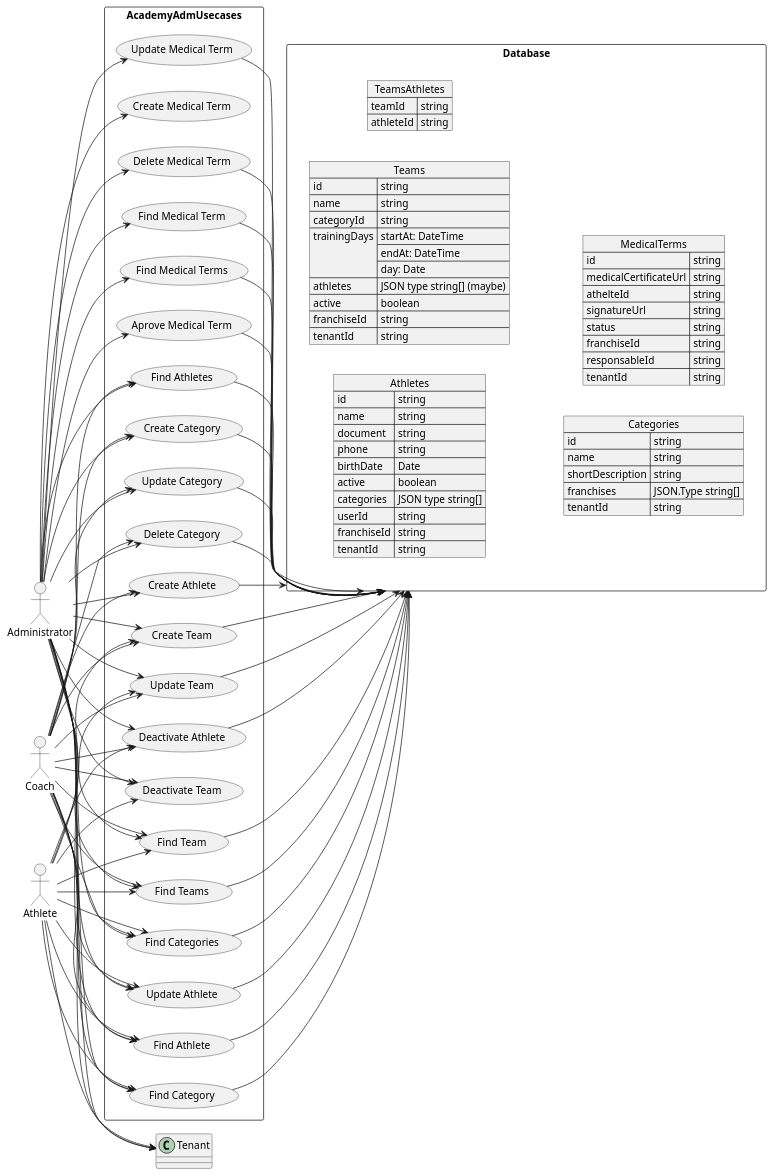
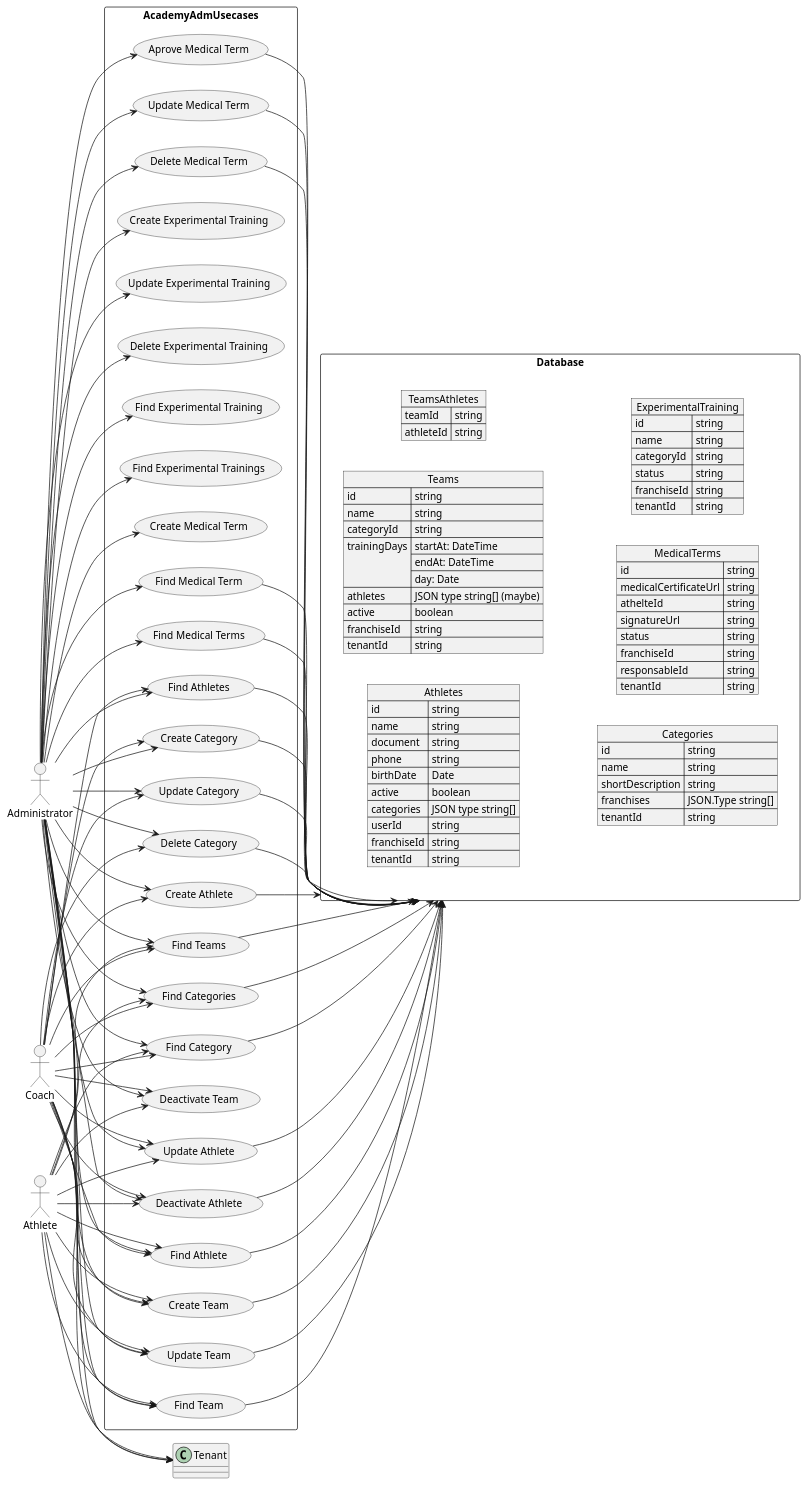
One commit to gustavorodrigues19/ddd-api changed the diagram in uml/academy-adm.usecase.wsd. Above: the diagram before and after it, drawn with PlantUML. The commit also changed 1 other file, not shown here.

```diff
--- a/uml/academy-adm.usecase.wsd
+++ b/uml/academy-adm.usecase.wsd
@@ -1,158 +1,178 @@
 @startuml
 allowmixing
 
 left to right direction
 actor "Administrator" as admin
 actor "Coach" as coach
 actor "Athlete" as athlete
 
 rectangle AcademyAdmUsecases {
   usecase "Create Athlete" as CA
   usecase "Update Athlete" as UA
   usecase "Find Athlete" as FA
   usecase "Find Athletes" as FAS
   usecase "Deactivate Athlete" as DA
 
   usecase "Create Team" as CT
   usecase "Update Team" as UT
   usecase "Find Team" as FT
   usecase "Find Teams" as FTS
   usecase "Deactivate Team" as DT
   
   usecase "Create Category" as CC
   usecase "Update Category" as UC
   usecase "Delete Category" as DC
   usecase "Find Category" as FC
   usecase "Find Categories" as FCS
+
+  usecase "Create Experimental Training" as CET
+  usecase "Update Experimental Training" as UET
+  usecase "Delete Experimental Training" as DET
+  usecase "Find Experimental Training" as FET
+  usecase "Find Experimental Trainings" as FETS
 
   usecase "Create Medical Term" as CMR
   usecase "Update Medical Term" as UMT
   usecase "Delete Medical Term" as DMT
   usecase "Find Medical Term" as FMT
   usecase "Find Medical Terms" as FMTS
   usecase "Aprove Medical Term" as AMT
 }
 
 rectangle Database {
   json Athletes {
     "id":"string",
     "name":"string",
     "document":"string",
     "phone": "string",
     "birthDate": "Date",
     "active": "boolean",
     "categories": "JSON type string[]",
     "userId": "string",
     "franchiseId": "string",
     "tenantId": "string"
   }
 
   json Teams {
     "id":"string",
     "name":"string",
     "categoryId": "string",
     "trainingDays": ["startAt: DateTime", "endAt: DateTime", "day: Date"],
     "athletes": "JSON type string[] (maybe)",
     "active": "boolean",
     "franchiseId": "string",
     "tenantId": "string"
   }
 
   json TeamsAthletes{
     "teamId": "string",
     "athleteId": "string"
   }
 
   json Categories{
     "id": "string",
     "name": "string",
     "shortDescription": "string",
     "franchises": "JSON.Type string[]",
     "tenantId": "string"
   }
 
   json MedicalTerms{
     "id": "string",
     "medicalCertificateUrl": "string",
     "athelteId": "string",
     "signatureUrl": "string",
     "status": "string",
     "franchiseId": "string",
     "responsableId": "string",
     "tenantId": "string"
   }
+
+   json ExperimentalTraining{
+    "id": "string",
+    "name": "string",
+    "categoryId": "string",
+    "status": "string",
+    "franchiseId": "string",
+    "tenantId": "string"
+  }
 }
 
 admin --> Tenant
 admin --> CA
 admin --> UA
 admin --> FA
 admin --> FAS
 admin --> DA
 admin --> CT
 admin --> UT
 admin --> FT
 admin --> FTS
 admin --> DT
 admin --> CC
 admin --> UC
 admin --> DC
 admin --> FC
 admin --> FCS
 admin --> CMR
 admin --> UMT
 admin --> DMT
 admin --> FMT
 admin --> FMTS
 admin --> AMT
+admin --> CET
+admin --> UET
+admin --> DET
+admin --> FET
+admin --> FETS
 
 coach --> Tenant
 coach --> CA
 coach --> UA
 coach --> FA
 coach --> FAS
 coach --> DA
 coach --> CT
 coach --> UT
 coach --> FT
 coach --> FTS
 coach --> DT
 coach --> CC
 coach --> UC
 coach --> DC
 coach --> FC
 coach --> FCS
 
 athlete --> Tenant
 athlete --> UA
 athlete --> FA
 athlete --> DA
 athlete --> CT
 athlete --> UT
 athlete --> FT
 athlete --> FTS
 athlete --> DT
 athlete --> FC
 athlete --> FCS
 
 CA --> Database
 UA --> Database
 FA --> Database
 FAS --> Database
 DA --> Database
 CT --> Database
 UT --> Database
 FT --> Database
 FTS --> Database
 CC --> Database
 UC --> Database
 DC --> Database
 FC --> Database
 FCS --> Database
 UMT --> Database
 DMT --> Database
 FMT --> Database
 FMTS --> Database
 AMT --> Database
 
 @enduml
```
